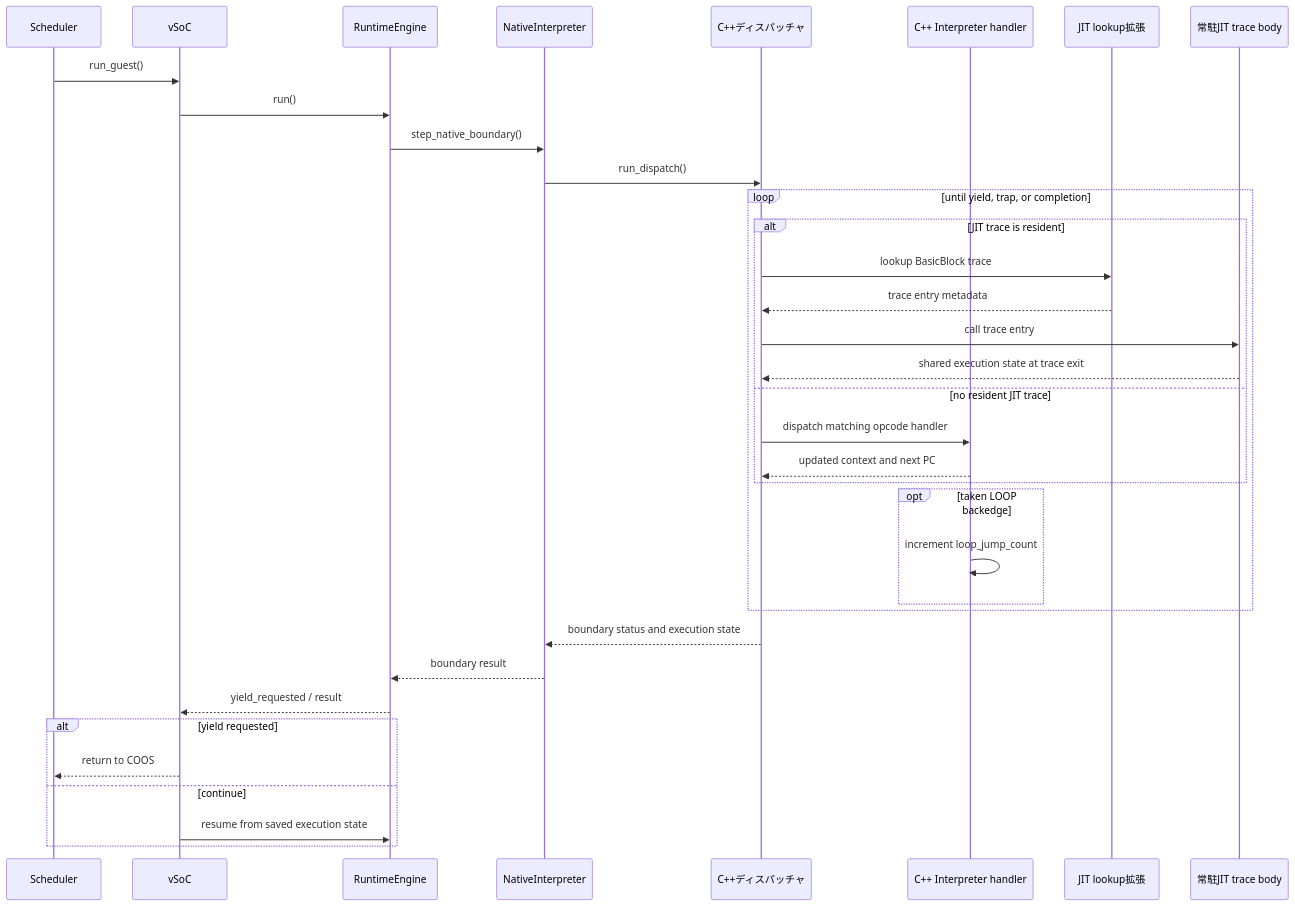
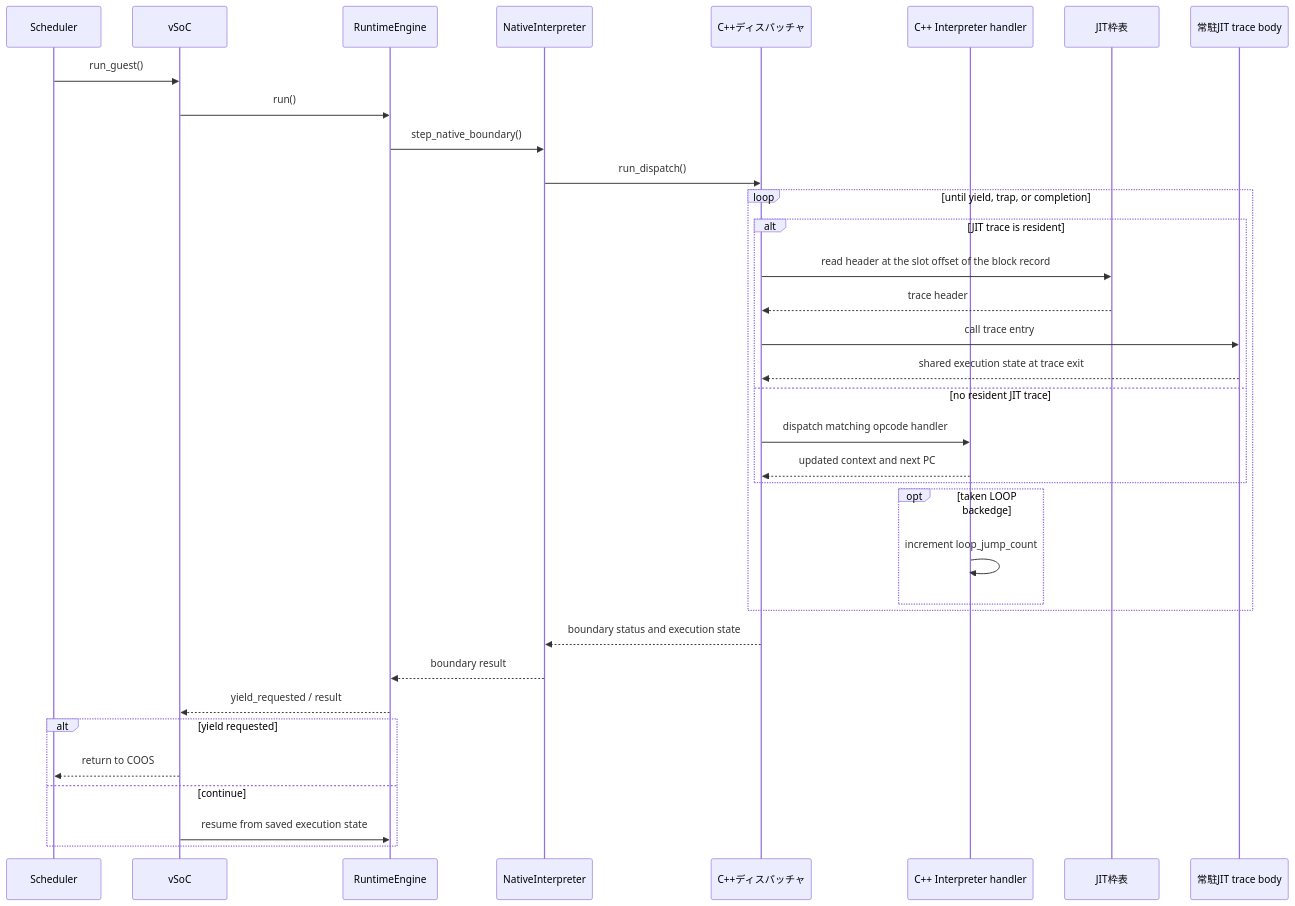
Before and after one commit to kmt-t/fireball: the third of 7 diagrams in docs/components/tier2_runtime/runtime_vsoc.md, drawn with Mermaid. The commit also changed other lines of this file and 9 other files, not shown here.

First line of the commit message:
docs(jit): describe the trace header read by the slot table, not a lookup

````diff
--- a/docs/components/tier2_runtime/runtime_vsoc.md
+++ b/docs/components/tier2_runtime/runtime_vsoc.md
@@ -207,38 +207,38 @@
 ```mermaid
 sequenceDiagram
     participant S as Scheduler
     participant V as vSoC
     participant R as RuntimeEngine
     participant I as NativeInterpreter
     participant C as C++ディスパッチャ
     participant H as C++ Interpreter handler
-    participant J as JIT lookup拡張
+    participant J as JIT枠表
     participant T as 常駐JIT trace body
 
     S->>V: run_guest()
     V->>R: run()
     R->>I: step_native_boundary()
     I->>C: run_dispatch()
     loop until yield, trap, or completion
         alt JIT trace is resident
-            C->>J: lookup BasicBlock trace
-            J-->>C: trace entry metadata
+            C->>J: read header at the slot offset of the block record
+            J-->>C: trace header
             C->>T: call trace entry
             T-->>C: shared execution state at trace exit
         else no resident JIT trace
             C->>H: dispatch matching opcode handler
             H-->>C: updated context and next PC
         end
         opt taken LOOP backedge
             H->>H: increment loop_jump_count
         end
     end
     C-->>I: boundary status and execution state
     I-->>R: boundary result
     R-->>V: yield_requested / result
     alt yield requested
         V-->>S: return to COOS
     else continue
         V->>R: resume from saved execution state
     end
 ```
````
